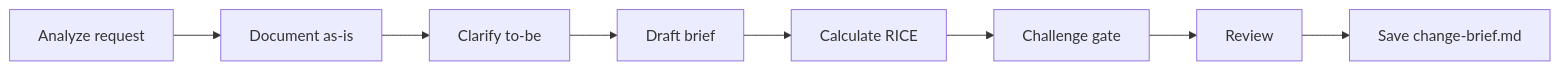
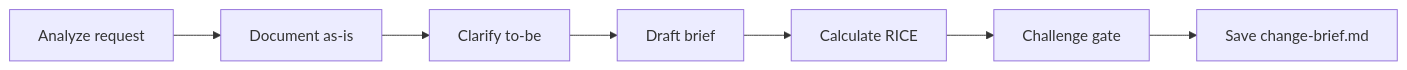
The diagram in skills/pm-change-brief/SKILL.md (ai-driven-dev/framework), drawn with Mermaid before and after one commit. The commit also changed other lines of this file and 32 other files, not shown here.

First line of the commit message:
refactor: simplify agents, enforce template adherence, align flows with courses

````diff
--- a/skills/pm-change-brief/SKILL.md
+++ b/skills/pm-change-brief/SKILL.md
@@ -31,4 +31,4 @@
 ```mermaid
 flowchart LR
-    A[Analyze request] --> B[Document as-is] --> C[Clarify to-be] --> D[Draft brief] --> E[Calculate RICE] --> F[Challenge gate] --> G[Review] --> H[Save change-brief.md]
+    A[Analyze request] --> B[Document as-is] --> C[Clarify to-be] --> D[Draft brief] --> E[Calculate RICE] --> F[Challenge gate] --> G[Save change-brief.md]
 ```
````
